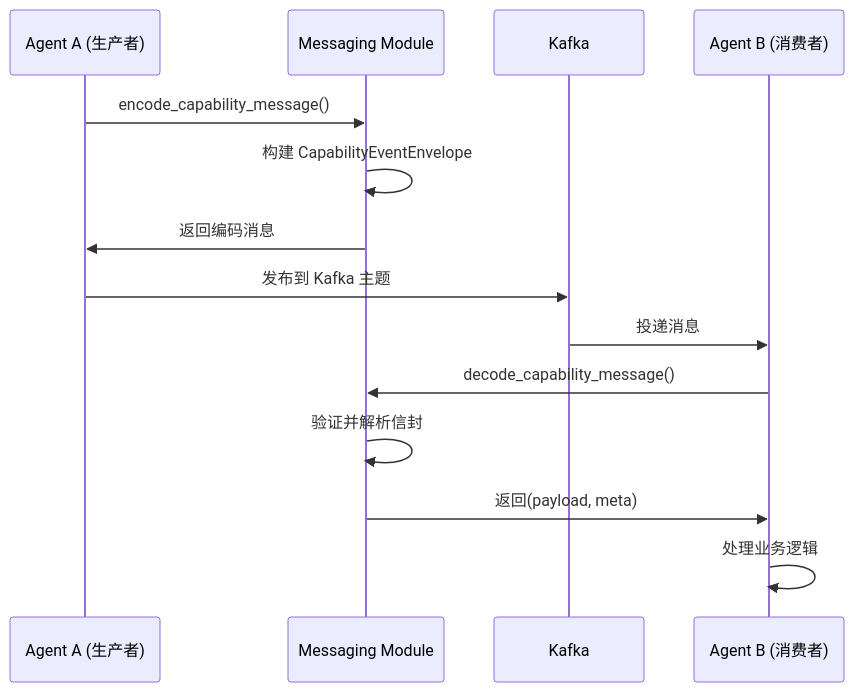
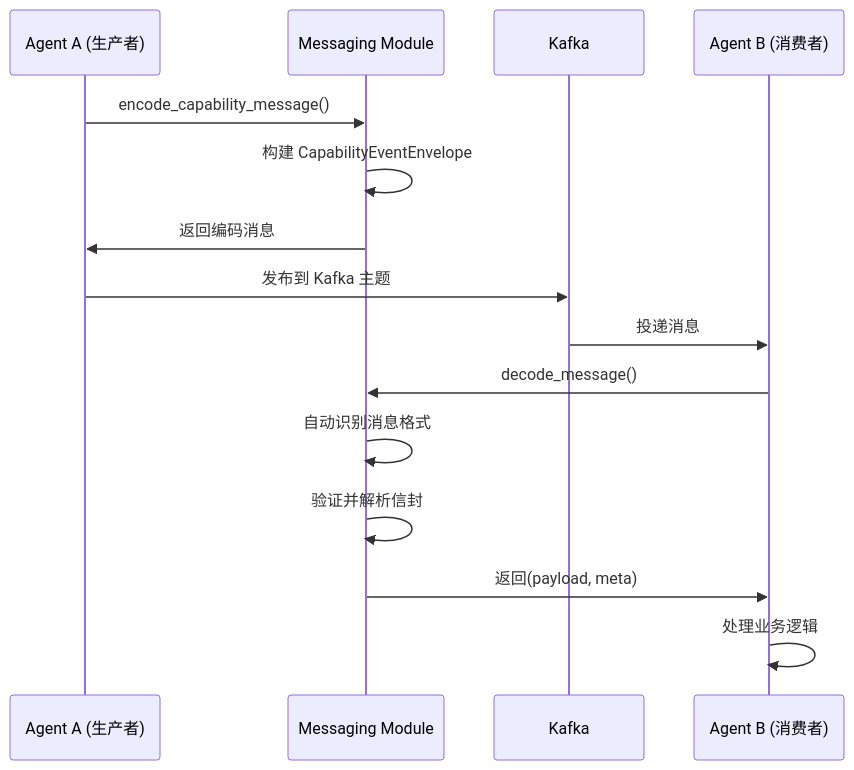
Before and after one commit to zhiyue/infinite-scribe: the third of 6 diagrams in apps/backend/src/common/messaging/README.md, drawn with Mermaid. The commit also changed other lines of this file and 1 other file, not shown here.

````diff
--- a/apps/backend/src/common/messaging/README.md
+++ b/apps/backend/src/common/messaging/README.md
@@ -178,18 +246,19 @@
 ```mermaid
 sequenceDiagram
     participant A as Agent A (生产者)
     participant M as Messaging Module
     participant K as Kafka
     participant B as Agent B (消费者)
     
     A->>M: encode_capability_message()
     M->>M: 构建 CapabilityEventEnvelope
     M->>A: 返回编码消息
     A->>K: 发布到 Kafka 主题
     
     K->>B: 投递消息
-    B->>M: decode_capability_message()
+    B->>M: decode_message()
+    M->>M: 自动识别消息格式
     M->>M: 验证并解析信封
     M->>B: 返回(payload, meta)
     B->>B: 处理业务逻辑
 ```
````
